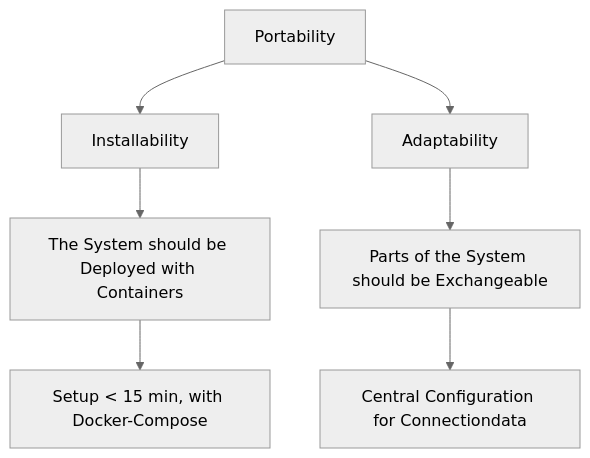
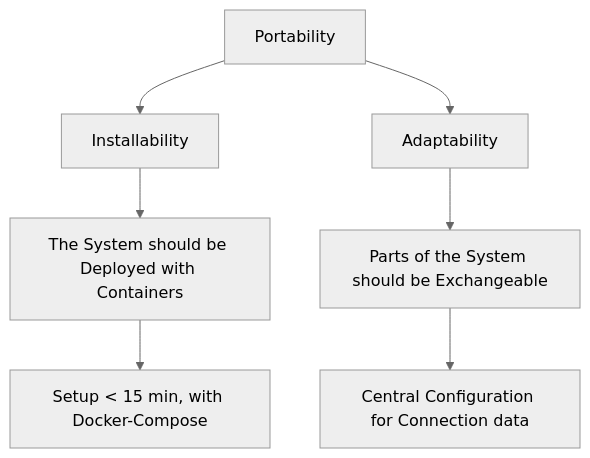
One commit to MaxTrautwein/focusflow changed the fourth of 4 diagrams in docs/Lab2_FocusFlowRequirements&UseCases/Exercises2.md. Above: the diagram before and after it, drawn with Mermaid (neutral theme). The commit also changed other lines of this file, not shown here.

Commit message:
Corrected spelling

````diff
--- a/docs/Lab2_FocusFlowRequirements&UseCases/Exercises2.md
+++ b/docs/Lab2_FocusFlowRequirements&UseCases/Exercises2.md
@@ -130,10 +130,10 @@
 ```mermaid
 graph TD;
     A[Portability]-->B.1;
     A-->B.2;
     B.1[Installability]-->C.1[The System should be Deployed with Containers];
     C.1-->E.1[Setup < 15 min, with Docker-Compose];
 
     B.2[Adaptability]-->C.2[Parts of the System should be Exchangeable];
-    C.2-->E.2[Central Configuration for Connectiondata];
+    C.2-->E.2[Central Configuration for Connection data];
 ```
````
